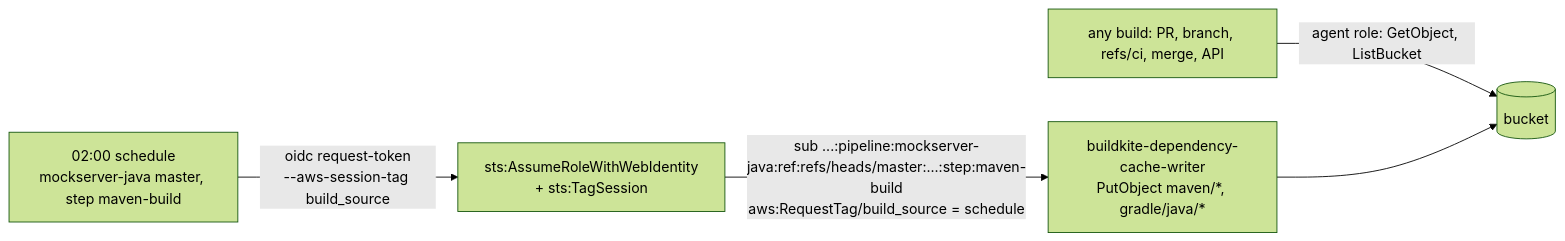
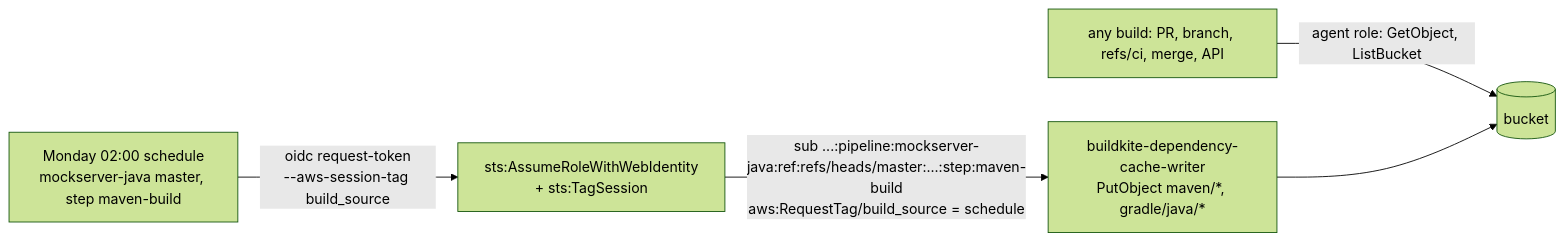
Diagram 15 of 16 in docs/infrastructure/ci-cd.md (mock-server/mockserver-monorepo), drawn with Mermaid (forest theme) before and after one commit. The commit also changed other lines of this file and 39 other files, not shown here.

````diff
--- a/docs/infrastructure/ci-cd.md
+++ b/docs/infrastructure/ci-cd.md
@@ -1913,7 +1924,7 @@
 ```mermaid
 flowchart LR
     ANY["any build: PR, branch, refs/ci, merge, API"] -->|"agent role: GetObject, ListBucket"| B[("bucket")]
-    N["02:00 schedule\nmockserver-java master, step maven-build"] -->|"oidc request-token\n--aws-session-tag build_source"| STS["sts:AssumeRoleWithWebIdentity\n+ sts:TagSession"]
+    N["Monday 02:00 schedule\nmockserver-java master, step maven-build"] -->|"oidc request-token\n--aws-session-tag build_source"| STS["sts:AssumeRoleWithWebIdentity\n+ sts:TagSession"]
     STS -->|"sub ...:pipeline:mockserver-java:ref:refs/heads/master:...:step:maven-build\naws:RequestTag/build_source = schedule"| W["buildkite-dependency-cache-writer\nPutObject maven/*, gradle/java/*"]
     W --> B
 ```
````
